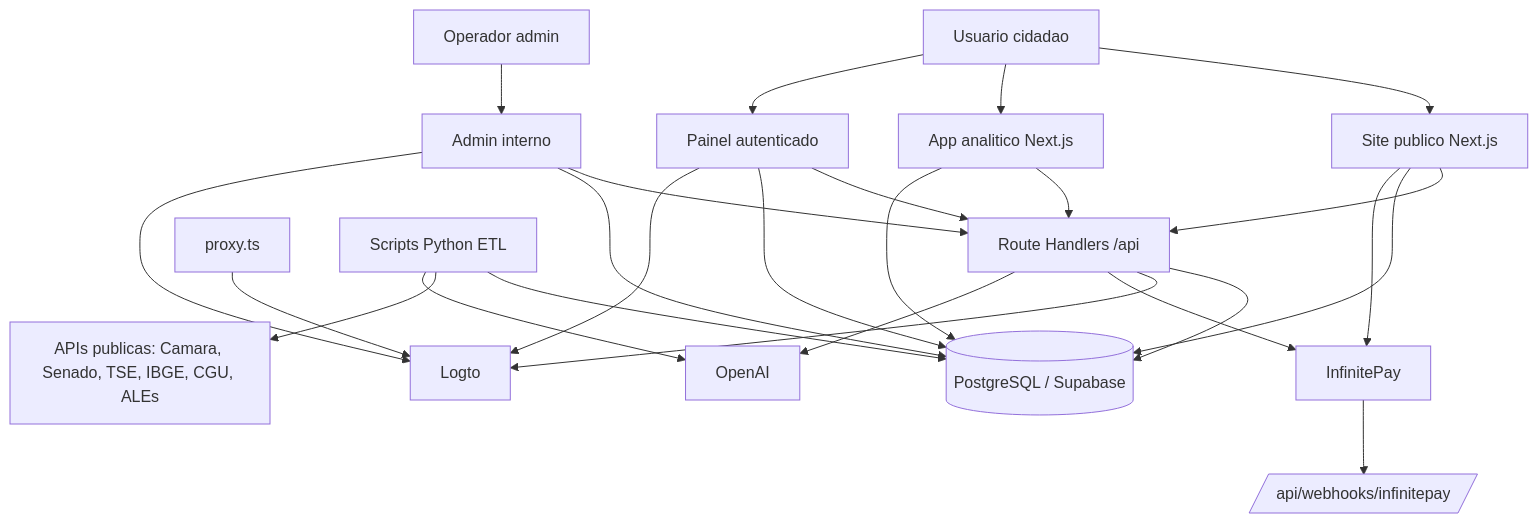
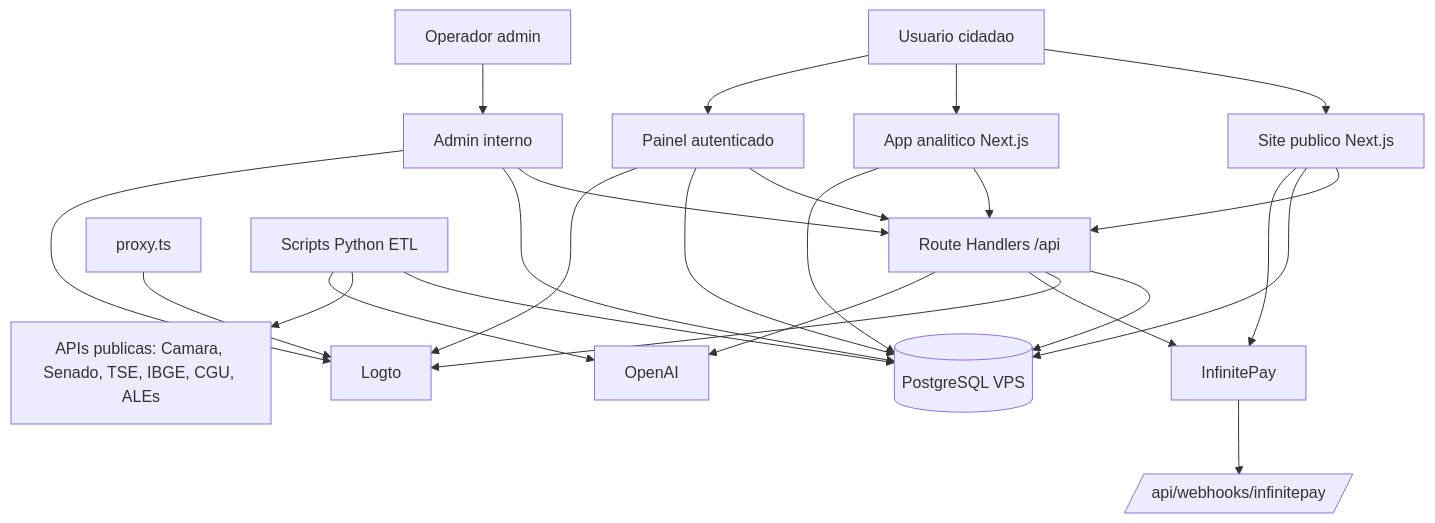
The first of 4 diagrams in docs/ARCHITECTURE.md (paulobolliger/meus-politicos), drawn with Mermaid before and after one commit. The commit also changed other lines of this file and 289 other files, not shown here.

````diff
--- a/docs/ARCHITECTURE.md
+++ b/docs/ARCHITECTURE.md
@@ -42,32 +42,32 @@
 ```mermaid
 flowchart TB
   U[Usuario cidadao] --> SITE[Site publico Next.js]
   U --> APP[App analitico Next.js]
   U --> PAINEL[Painel autenticado]
   ADMIN[Operador admin] --> ADMINUI[Admin interno]
 
   SITE --> API[Route Handlers /api]
   APP --> API
   PAINEL --> API
   ADMINUI --> API
 
-  SITE --> PG[(PostgreSQL / Supabase)]
+  SITE --> PG[(PostgreSQL VPS)]
   APP --> PG
   PAINEL --> PG
   ADMINUI --> PG
   API --> PG
 
   PAINEL --> LOGTO[Logto]
   ADMINUI --> LOGTO
   API --> LOGTO
   PROXY[proxy.ts] --> LOGTO
 
   SITE --> IPAY[InfinitePay]
   API --> IPAY
   IPAY --> WEBHOOK[/api/webhooks/infinitepay/]
 
   API --> OPENAI[OpenAI]
   ETL[Scripts Python ETL] --> PG
   ETL --> PUBLICAS[APIs publicas: Camara, Senado, TSE, IBGE, CGU, ALEs]
   ETL --> OPENAI
 ```
````
